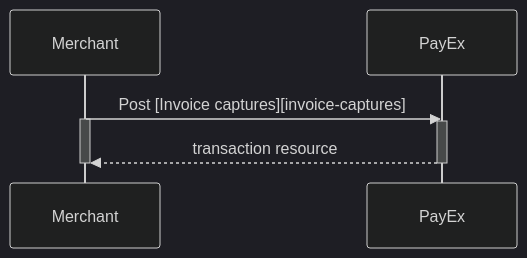
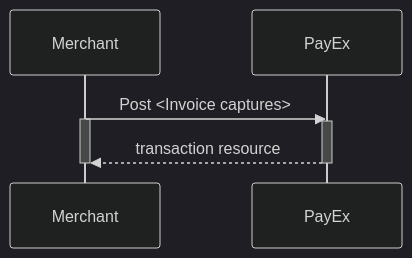
One commit to SwedbankPay/developer.swedbankpay.com changed the first of 3 diagrams in payments/invoice/after-payment.md. Above: the diagram before and after it, drawn with Mermaid (dark theme). The commit also changed other lines of this file and 5 other files, not shown here.

````diff
--- a/payments/invoice/after-payment.md
+++ b/payments/invoice/after-payment.md
@@ -182,10 +196,10 @@
 ```mermaid
 sequenceDiagram
 
-Merchant->>PayEx: Post [Invoice captures][invoice-captures]
-Activate Merchant
-Activate PayEx
+Merchant->>PayEx: Post <Invoice captures>
+activate Merchant
+activate PayEx
 PayEx-->>Merchant: transaction resource
-Deactivate Merchant
-Deactivate PayEx
+deactivate Merchant
+deactivate PayEx
 ```
````
